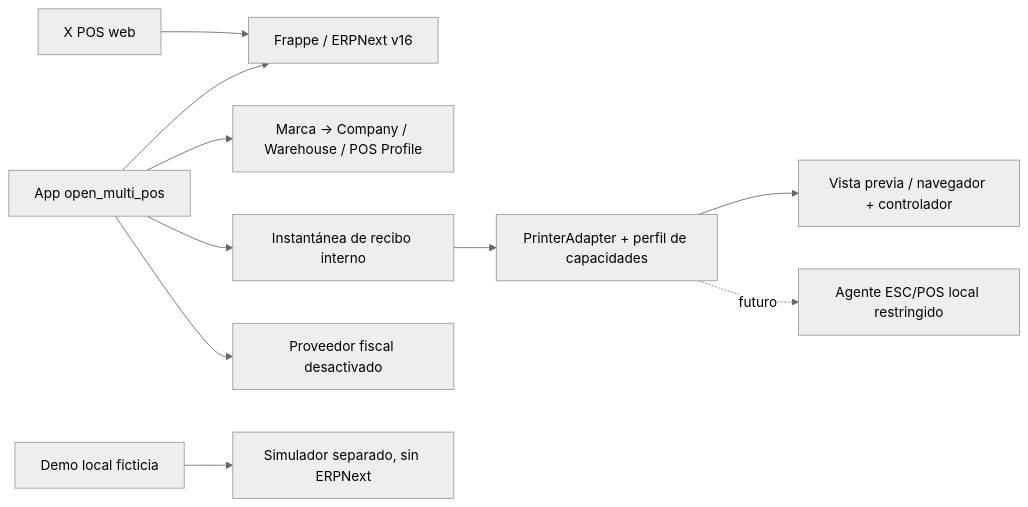
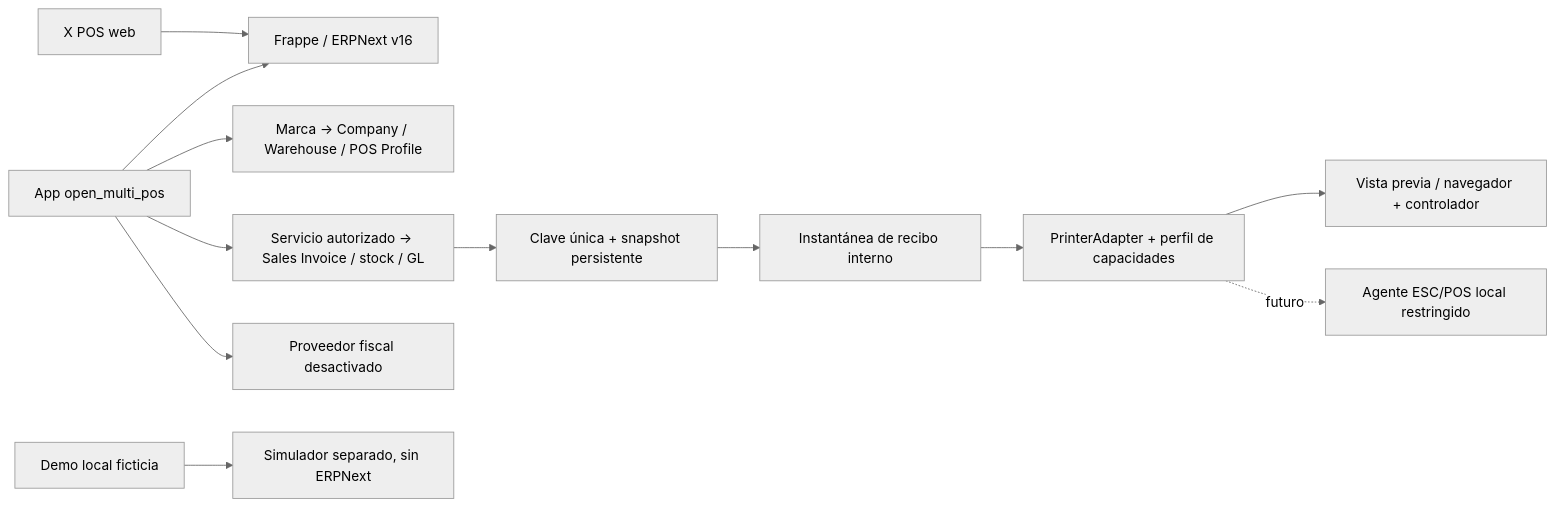
Before and after one commit to JSX2011/OpenMultiPOS: the diagram in docs/architecture.md, drawn with Mermaid (neutral theme). The commit also changed other lines of this file and 29 other files, not shown here.

````diff
--- a/docs/architecture.md
+++ b/docs/architecture.md
@@ -3,12 +3,14 @@
 ```mermaid
 flowchart LR
     POS[X POS web] --> F[Frappe / ERPNext v16]
     O[App open_multi_pos] --> F
     O --> B[Marca → Company / Warehouse / POS Profile]
-    O --> R[Instantánea de recibo interno]
+    O --> N[Servicio autorizado → Sales Invoice / stock / GL]
+    N --> J[Clave única + snapshot persistente]
+    J --> R[Instantánea de recibo interno]
     R --> P[PrinterAdapter + perfil de capacidades]
     P --> V[Vista previa / navegador + controlador]
     P -. futuro .-> E[Agente ESC/POS local restringido]
     O --> D[Proveedor fiscal desactivado]
     Demo[Demo local ficticia] --> Sim[Simulador separado, sin ERPNext]
 ```
````
